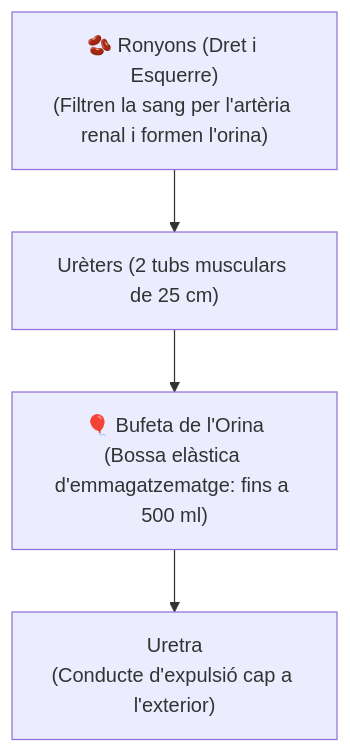
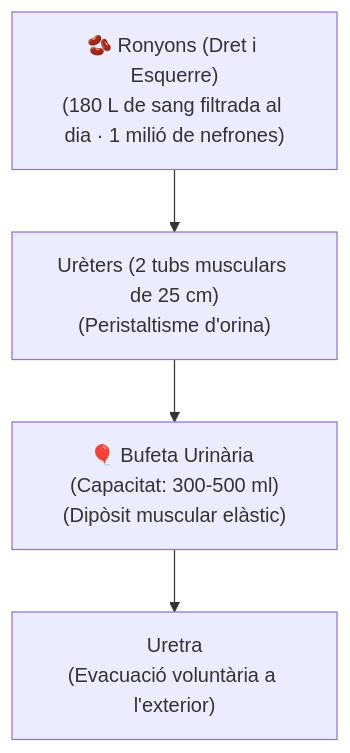
Before and after one commit to socderafel/socderafel.github.io: the first of 2 diagrams in biblioteca-cicles/01_FP_Basica/1fpb-ciencies-aplicades/ut02/ut0207.md, drawn with Mermaid. The commit also changed other lines of this file and 8 other files, not shown here.

````diff
--- a/biblioteca-cicles/01_FP_Basica/1fpb-ciencies-aplicades/ut02/ut0207.md
+++ b/biblioteca-cicles/01_FP_Basica/1fpb-ciencies-aplicades/ut02/ut0207.md
@@ -42,9 +42,10 @@
 ```mermaid
 flowchart TD
   R["🫘 Ronyons (Dret i Esquerre)
-(Filtren la sang per l'artèria renal i formen l'orina)"] --> U["Urèters (2 tubs musculars de 25 cm)"]
-  U --> B["🎈 Bufeta de l'Orina
-(Bossa elàstica d'emmagatzematge: fins a 500 ml)"]
+(180 L de sang filtrada al dia · 1 milió de nefrones)"] --> U["Urèters (2 tubs musculars de 25 cm)
+(Peristaltisme d'orina)"]
+  U --> B["🎈 Bufeta Urinària (Capacitat: 300-500 ml)
+(Dipòsit muscular elàstic)"]
   B --> UR["Uretra
-(Conducte d'expulsió cap a l'exterior)"]
+(Evacuació voluntària a l'exterior)"]
 ```
````
